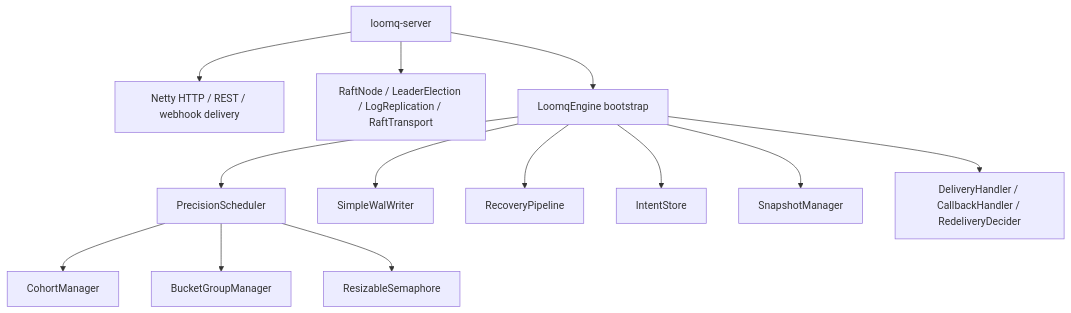
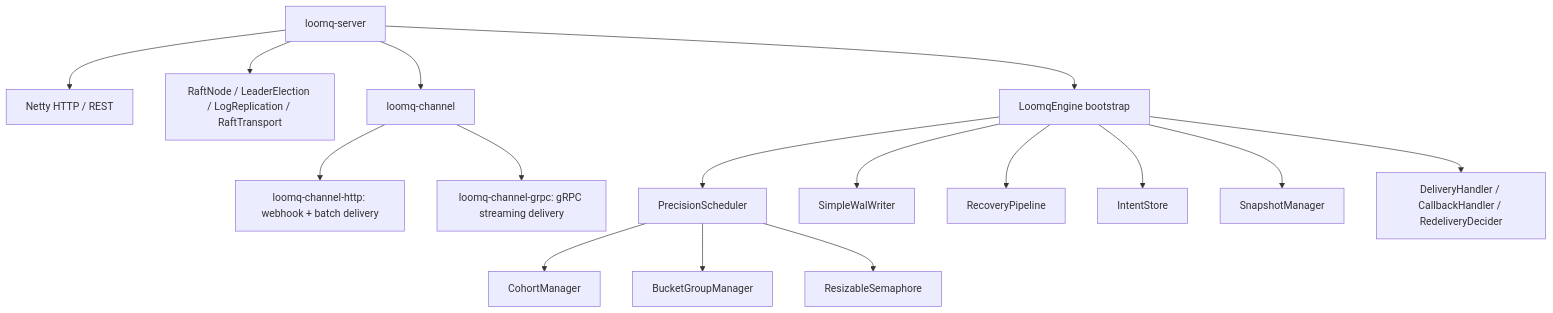
The diagram in docs/development/ARCHITECTURE.md (xuyuchen9/loomq), drawn with Mermaid before and after one commit. The commit also changed other lines of this file and 183 other files, not shown here.

````diff
--- a/docs/development/ARCHITECTURE.md
+++ b/docs/development/ARCHITECTURE.md
@@ -7,17 +7,20 @@
 ```mermaid
 flowchart TB
-    Server["loomq-server"] --> Http["Netty HTTP / REST / webhook delivery"]
+    Server["loomq-server"] --> Http["Netty HTTP / REST"]
     Server --> Raft["RaftNode / LeaderElection / LogReplication / RaftTransport"]
+    Server --> Channel["loomq-channel"]
+    Channel --> ChannelHttp["loomq-channel-http: webhook + batch delivery"]
+    Channel --> ChannelGrpc["loomq-channel-grpc: gRPC streaming delivery"]
     Server --> Engine["LoomqEngine bootstrap"]
 
     Engine --> Scheduler["PrecisionScheduler"]
     Engine --> Wal["SimpleWalWriter"]
     Engine --> Recovery["RecoveryPipeline"]
     Engine --> Store["IntentStore"]
     Engine --> Snapshot["SnapshotManager"]
     Engine --> SPI["DeliveryHandler / CallbackHandler / RedeliveryDecider"]
 
     Scheduler --> Cohort["CohortManager"]
     Scheduler --> Buckets["BucketGroupManager"]
     Scheduler --> Semaphore["ResizableSemaphore"]
 ```
````
